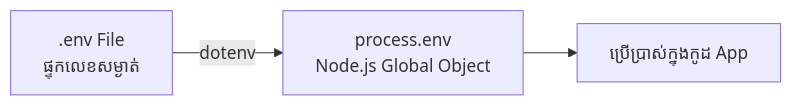
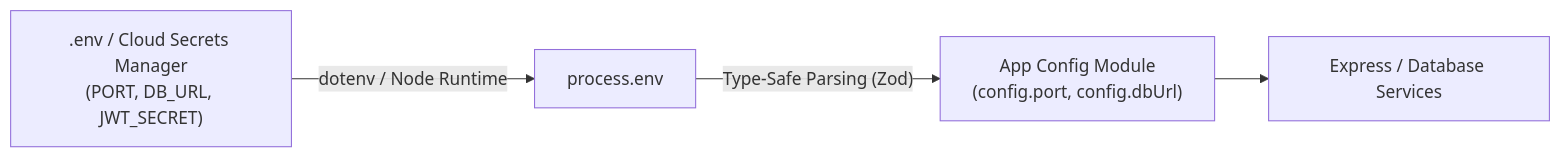
One commit to Ari-ICU/full-stack-short-coures changed the diagram in src/courses/backend/module-1-nodejs-fundamentals/06-environment-variables.mdx. Above: the diagram before and after it, drawn with Mermaid. The commit also changed other lines of this file and 47 other files, not shown here.

Commit message:
refactor: rename backend-architecture directory to backend and update path references across all course modules

````diff
--- a/src/courses/backend/module-1-nodejs-fundamentals/06-environment-variables.mdx
+++ b/src/courses/backend/module-1-nodejs-fundamentals/06-environment-variables.mdx
@@ -24,5 +30,6 @@
 ```mermaid
 graph LR
-    ENV[.env File <br/>ផ្ទុកលេខសម្ងាត់] -->|dotenv| PROC[process.env <br/>Node.js Global Object]
-    PROC --> APP[ប្រើប្រាស់ក្នុងកូដ App]
+    ENV[".env / Cloud Secrets Manager<br/>(PORT, DB_URL, JWT_SECRET)"] -->|"dotenv / Node Runtime"| PROC["process.env"]
+    PROC -->|"Type-Safe Parsing (Zod)"| CONFIG["App Config Module<br/>(config.port, config.dbUrl)"]
+    CONFIG --> APP["Express / Database Services"]
 ```
````
